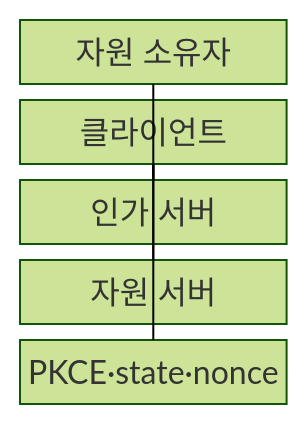
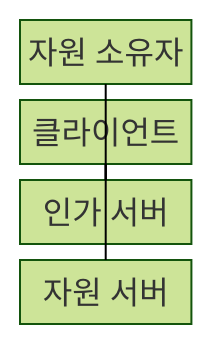
One commit to agnusdei1207/knowledge-base changed the first of 2 diagrams in src/content/docs/notes/03-software/174_oauth2_oidc.md. Above: the diagram before and after it, drawn with Mermaid (forest theme). The commit also changed other lines of this file and 20 other files, not shown here.

````diff
--- a/src/content/docs/notes/03-software/174_oauth2_oidc.md
+++ b/src/content/docs/notes/03-software/174_oauth2_oidc.md
@@ -57,13 +61,11 @@
 ```mermaid
-block-beta
+block
     columns 1
     A["자원 소유자"]
     B["클라이언트"]
     C["인가 서버"]
     D["자원 서버"]
-    E["PKCE·state·nonce"]
     A --- C
     B --- C
     B --- D
-    B --- E
 ```
````
